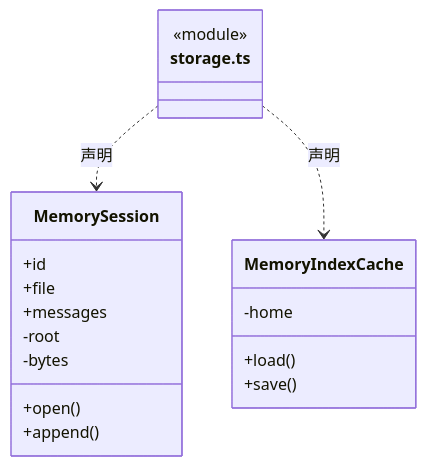
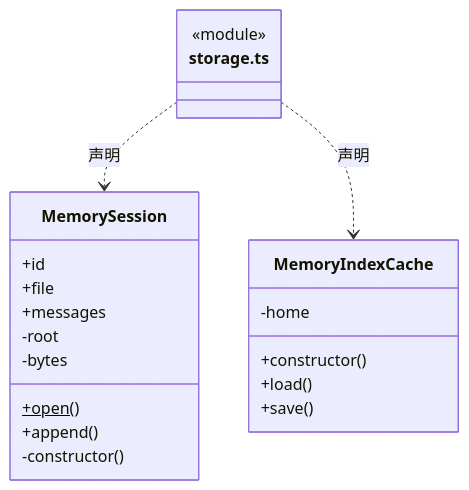
Before and after one commit to nan023062/cbim: the sixth of 7 diagrams in src/logic/execution/engines/memory/ARCHITECTURE.md, drawn with Mermaid. The commit also changed other lines of this file and 139 other files, not shown here.

Commit message:
docs(architecture): add source reading paths and complete file inventories

````diff
--- a/src/logic/execution/engines/memory/ARCHITECTURE.md
+++ b/src/logic/execution/engines/memory/ARCHITECTURE.md
@@ -113,22 +118,24 @@
 ```mermaid
 classDiagram
 class N_src_logic_execution_engines_memory_storage_ts["storage.ts"] {
   <<module>>
 }
 class N_src_logic_execution_engines_memory_storage_ts_MemorySession["MemorySession"] {
   +id
   +file
   +messages
-  +open()
+  +open()$
   +append()
   -root
   -bytes
+  -constructor()
 }
 N_src_logic_execution_engines_memory_storage_ts ..> N_src_logic_execution_engines_memory_storage_ts_MemorySession : 声明
 class N_src_logic_execution_engines_memory_storage_ts_MemoryIndexCache["MemoryIndexCache"] {
+  +constructor()
   +load()
   +save()
   -home
 }
 N_src_logic_execution_engines_memory_storage_ts ..> N_src_logic_execution_engines_memory_storage_ts_MemoryIndexCache : 声明
 ```
````
